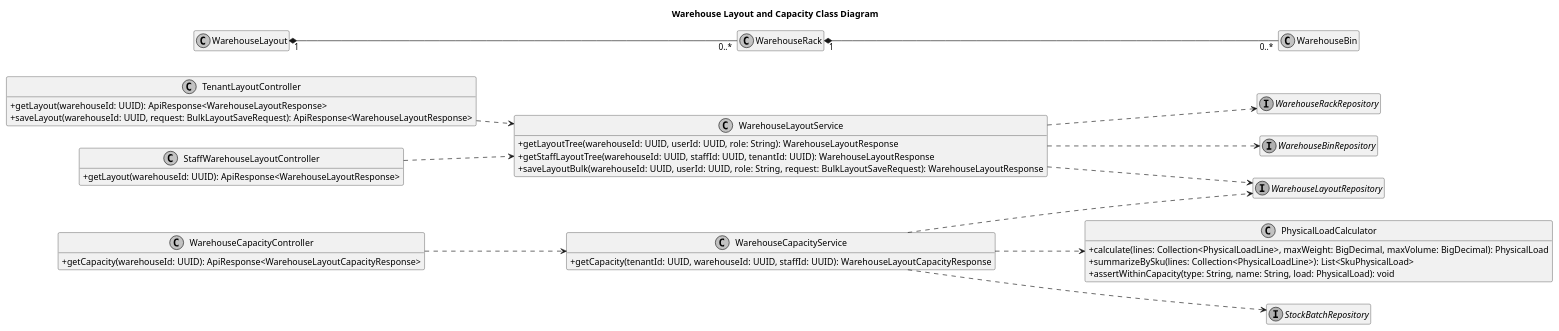
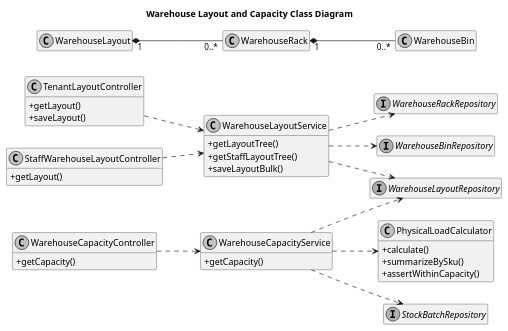
The first of 2 diagrams in docs/review3/diagrams/warehouse-layout-capacity.md (vinhleechem/StockSpace_BE), drawn with PlantUML before and after one commit. The commit also changed 17 other files, not shown here.

````diff
--- a/docs/review3/diagrams/warehouse-layout-capacity.md
+++ b/docs/review3/diagrams/warehouse-layout-capacity.md
@@ -9,61 +9,61 @@
 ```plantuml
 @startuml
 title Warehouse Layout and Capacity Class Diagram
 skinparam monochrome true
 skinparam shadowing false
 skinparam backgroundColor transparent
 skinparam classAttributeIconSize 0
 hide empty members
 left to right direction
 
 class TenantLayoutController {
-  +getLayout(warehouseId: UUID): ApiResponse<WarehouseLayoutResponse>
-  +saveLayout(warehouseId: UUID, request: BulkLayoutSaveRequest): ApiResponse<WarehouseLayoutResponse>
+  +getLayout()
+  +saveLayout()
 }
 
 class StaffWarehouseLayoutController {
-  +getLayout(warehouseId: UUID): ApiResponse<WarehouseLayoutResponse>
+  +getLayout()
 }
 
 class WarehouseCapacityController {
-  +getCapacity(warehouseId: UUID): ApiResponse<WarehouseLayoutCapacityResponse>
+  +getCapacity()
 }
 
 class WarehouseLayoutService {
-  +getLayoutTree(warehouseId: UUID, userId: UUID, role: String): WarehouseLayoutResponse
-  +getStaffLayoutTree(warehouseId: UUID, staffId: UUID, tenantId: UUID): WarehouseLayoutResponse
-  +saveLayoutBulk(warehouseId: UUID, userId: UUID, role: String, request: BulkLayoutSaveRequest): WarehouseLayoutResponse
+  +getLayoutTree()
+  +getStaffLayoutTree()
+  +saveLayoutBulk()
 }
 
 class WarehouseCapacityService {
-  +getCapacity(tenantId: UUID, warehouseId: UUID, staffId: UUID): WarehouseLayoutCapacityResponse
+  +getCapacity()
 }
 
 class PhysicalLoadCalculator {
-  +calculate(lines: Collection<PhysicalLoadLine>, maxWeight: BigDecimal, maxVolume: BigDecimal): PhysicalLoad
-  +summarizeBySku(lines: Collection<PhysicalLoadLine>): List<SkuPhysicalLoad>
-  +assertWithinCapacity(type: String, name: String, load: PhysicalLoad): void
+  +calculate()
+  +summarizeBySku()
+  +assertWithinCapacity()
 }
 
 interface WarehouseLayoutRepository
 interface WarehouseRackRepository
 interface WarehouseBinRepository
 interface StockBatchRepository
 
 class WarehouseLayout
 class WarehouseRack
 class WarehouseBin
 
 TenantLayoutController ..> WarehouseLayoutService
 StaffWarehouseLayoutController ..> WarehouseLayoutService
 WarehouseCapacityController ..> WarehouseCapacityService
 WarehouseLayoutService ..> WarehouseLayoutRepository
 WarehouseLayoutService ..> WarehouseRackRepository
 WarehouseLayoutService ..> WarehouseBinRepository
 WarehouseCapacityService ..> WarehouseLayoutRepository
 WarehouseCapacityService ..> StockBatchRepository
 WarehouseCapacityService ..> PhysicalLoadCalculator
 WarehouseLayout "1" *-- "0..*" WarehouseRack
 WarehouseRack "1" *-- "0..*" WarehouseBin
 @enduml
 ```
````
